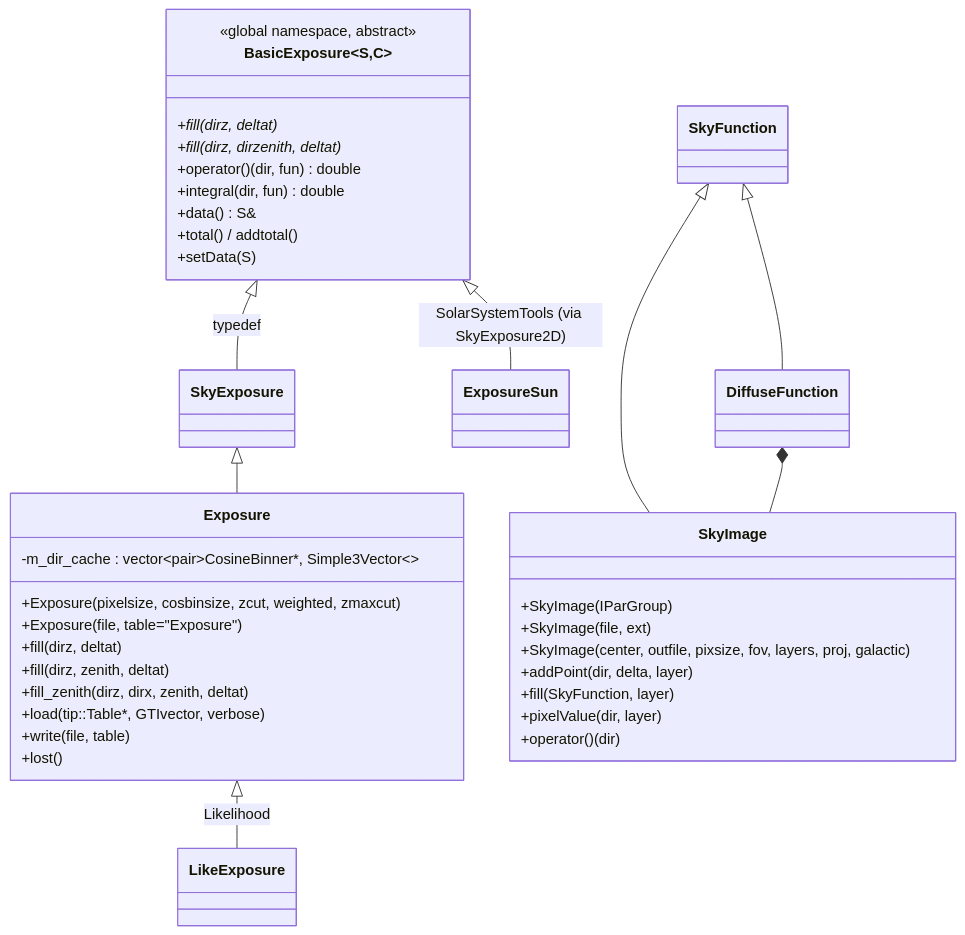
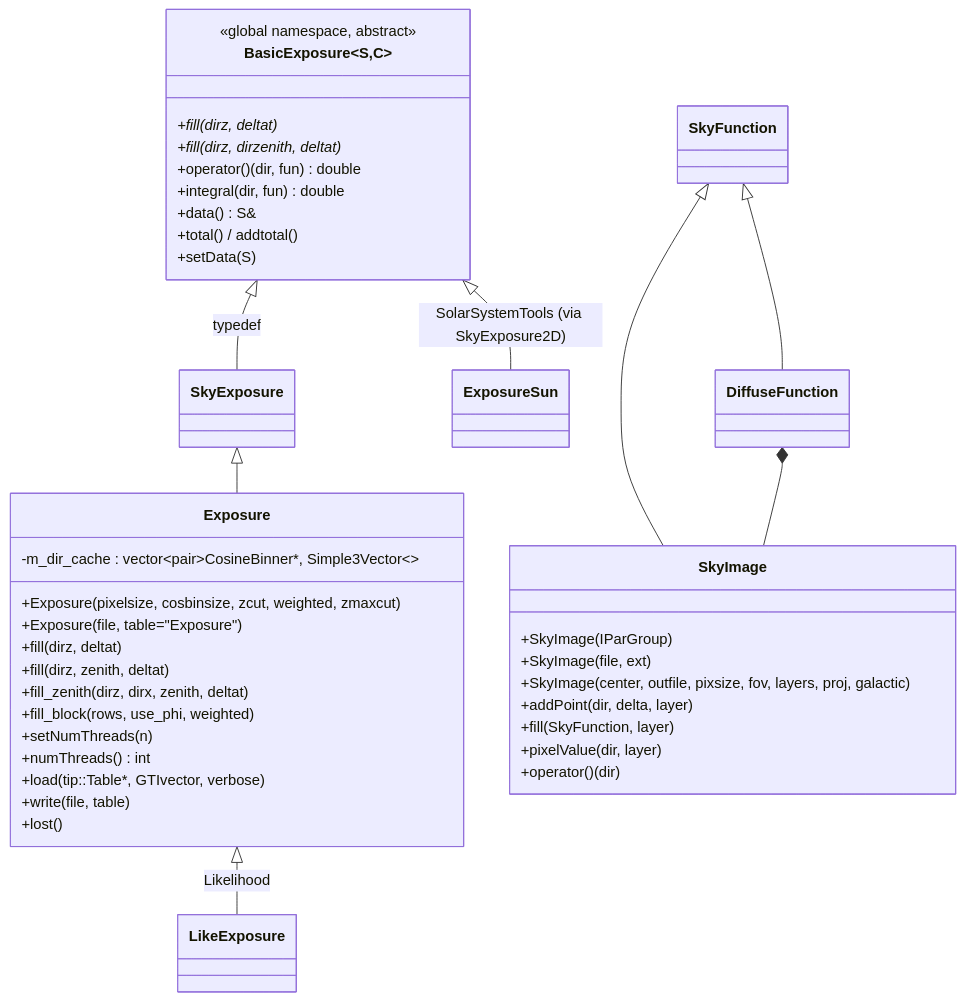
One commit to fermi-lat/map_tools changed the diagram in doc/architecture/README.md. Above: the diagram before and after it, drawn with Mermaid. The commit also changed other lines of this file, not shown here.

First line of the commit message:
Architecture docs: threaded fill and fill_block (ltcube threading step 8)

````diff
--- a/doc/architecture/README.md
+++ b/doc/architecture/README.md
@@ -83,41 +86,44 @@
 ```mermaid
 classDiagram
     class BasicExposure~S,C~ {
       <<global namespace, abstract>>
       +fill(dirz, deltat)*
       +fill(dirz, dirzenith, deltat)*
       +operator()(dir, fun) double
       +integral(dir, fun) double
       +data() S&
       +total() / addtotal()
       +setData(S)
     }
     class Exposure {
       +Exposure(pixelsize, cosbinsize, zcut, weighted, zmaxcut)
       +Exposure(file, table="Exposure")
       +fill(dirz, deltat)
       +fill(dirz, zenith, deltat)
       +fill_zenith(dirz, dirx, zenith, deltat)
+      +fill_block(rows, use_phi, weighted)
+      +setNumThreads(n)
+      +numThreads() int
       +load(tip::Table*, GTIvector, verbose)
       +write(file, table)
       +lost()
       -m_dir_cache : vector~pair~CosineBinner*, Simple3Vector~~
     }
     BasicExposure <|-- SkyExposure : typedef<SkyBinner, CosineBinner>
     SkyExposure <|-- Exposure
     Exposure <|-- LikeExposure : Likelihood
     BasicExposure <|-- ExposureSun : SolarSystemTools (via SkyExposure2D)
 
     class SkyImage {
       +SkyImage(IParGroup)
       +SkyImage(file, ext)
       +SkyImage(center, outfile, pixsize, fov, layers, proj, galactic)
       +addPoint(dir, delta, layer)
       +fill(SkyFunction, layer)
       +pixelValue(dir, layer)
       +operator()(dir)
     }
     SkyFunction <|-- SkyImage
     SkyFunction <|-- DiffuseFunction
     DiffuseFunction *-- SkyImage
 ```
````
